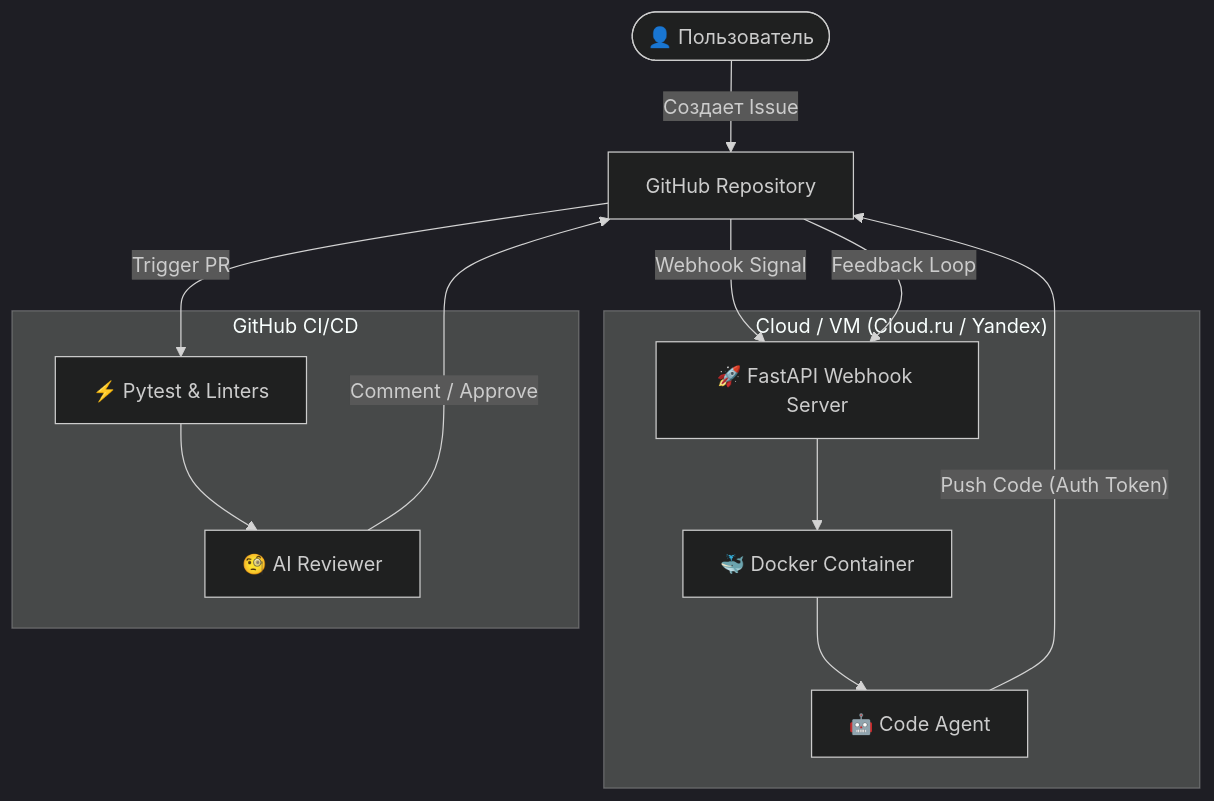
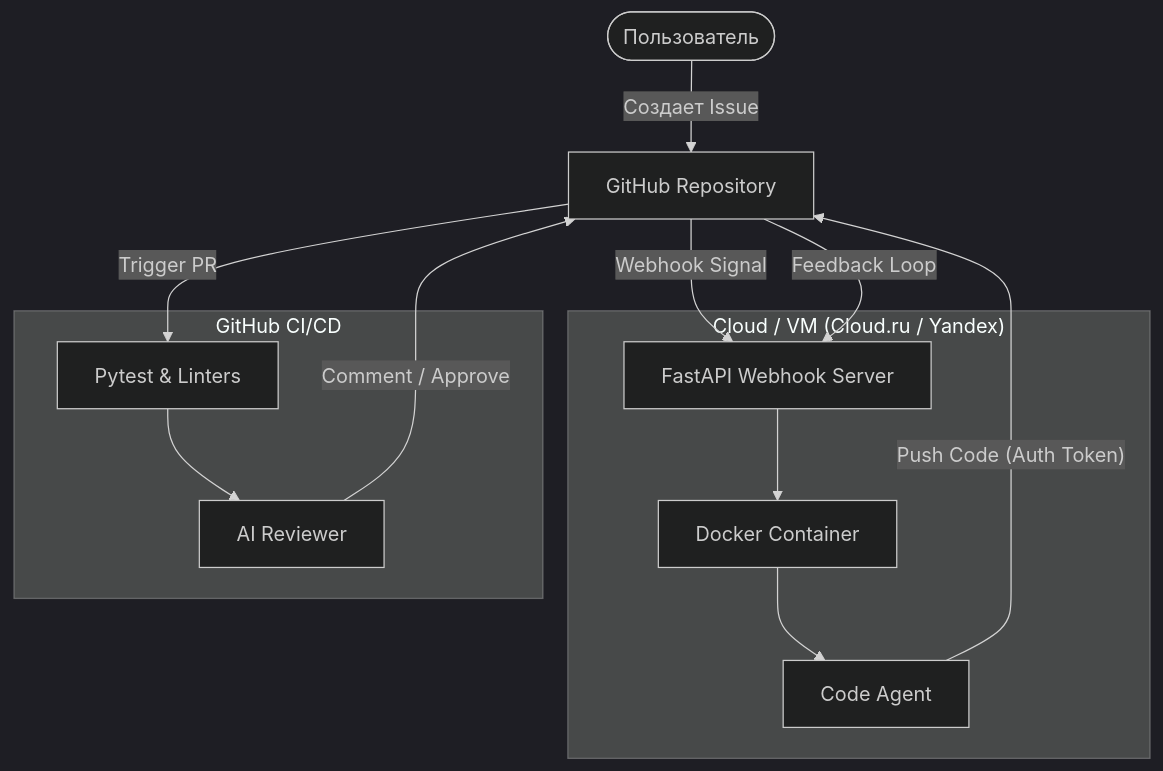
The diagram in README.md (IlyushinDM/megaschool-coding-agent), drawn with Mermaid (dark theme) before and after one commit. The commit also changed other lines of this file and 14 other files, not shown here.

````diff
--- a/README.md
+++ b/README.md
@@ -41,25 +41,25 @@
 ```mermaid
 graph TD
-    User([👤 Пользователь]) -->|"Создает Issue"| Github["GitHub Repository"]
+    User([Пользователь]) -->|"Создает Issue"| Github["GitHub Repository"]
     
     subgraph "Cloud / VM (Cloud.ru / Yandex)"
-        Server["🚀 FastAPI Webhook Server"]
-        Docker["🐳 Docker Container"]
-        CA[🤖 Code Agent]
+        Server["FastAPI Webhook Server"]
+        Docker["Docker Container"]
+        CA[Code Agent]
         
         Server --> Docker
         Docker --> CA
     end
 
     subgraph "GitHub CI/CD"
-        Reviewer["🧐 AI Reviewer"]
-        Tests["⚡ Pytest & Linters"]
+        Reviewer["AI Reviewer"]
+        Tests["Pytest & Linters"]
     end
 
     Github -->|"Webhook Signal"| Server
     CA -->|"Push Code (Auth Token)"| Github
     Github -->|"Trigger PR"| Tests
     Tests --> Reviewer
     Reviewer -->|"Comment / Approve"| Github
     Github -->|"Feedback Loop"| Server
 ```
````
